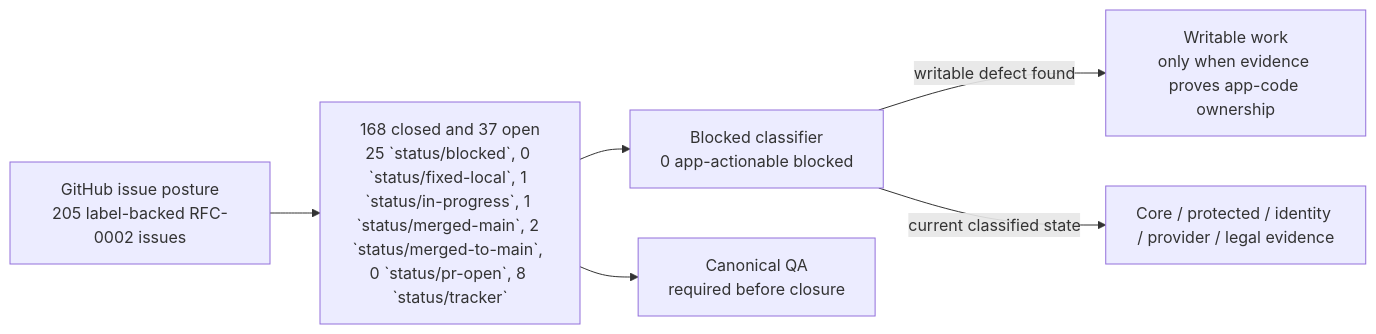
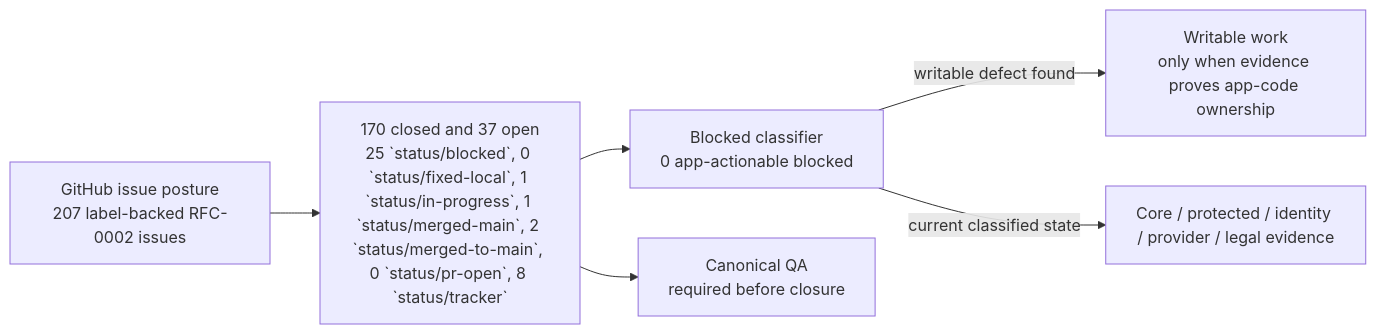
The first of 2 diagrams in wiki/RFC-0002-Execution-Status.md (sgajbi/lotus-idea), drawn with Mermaid before and after one commit. The commit also changed other lines of this file and 7 other files, not shown here.

Commit message:
Synchronize RFC-0002 current posture truth

````diff
--- a/wiki/RFC-0002-Execution-Status.md
+++ b/wiki/RFC-0002-Execution-Status.md
@@ -39,15 +39,15 @@
 ```mermaid
 flowchart LR
-    Issues["GitHub issue posture<br/>205 label-backed RFC-0002 issues"]
-    Open["168 closed and 37 open<br/>25 `status/blocked`, 0 `status/fixed-local`, 1 `status/in-progress`, 1 `status/merged-main`, 2 `status/merged-to-main`, 0 `status/pr-open`, 8 `status/tracker`"]
+    Issues["GitHub issue posture<br/>207 label-backed RFC-0002 issues"]
+    Open["170 closed and 37 open<br/>25 `status/blocked`, 0 `status/fixed-local`, 1 `status/in-progress`, 1 `status/merged-main`, 2 `status/merged-to-main`, 0 `status/pr-open`, 8 `status/tracker`"]
     Blocked["Blocked classifier<br/>0 app-actionable blocked"]
     Work["Writable work<br/>only when evidence proves app-code ownership"]
     External["Core / protected / identity / provider / legal evidence"]
     QA["Canonical QA<br/>required before closure"]
 
     Issues --> Open
     Open --> Blocked
     Blocked -->|"writable defect found"| Work
     Blocked -->|"current classified state"| External
     Open --> QA
 ```
````
